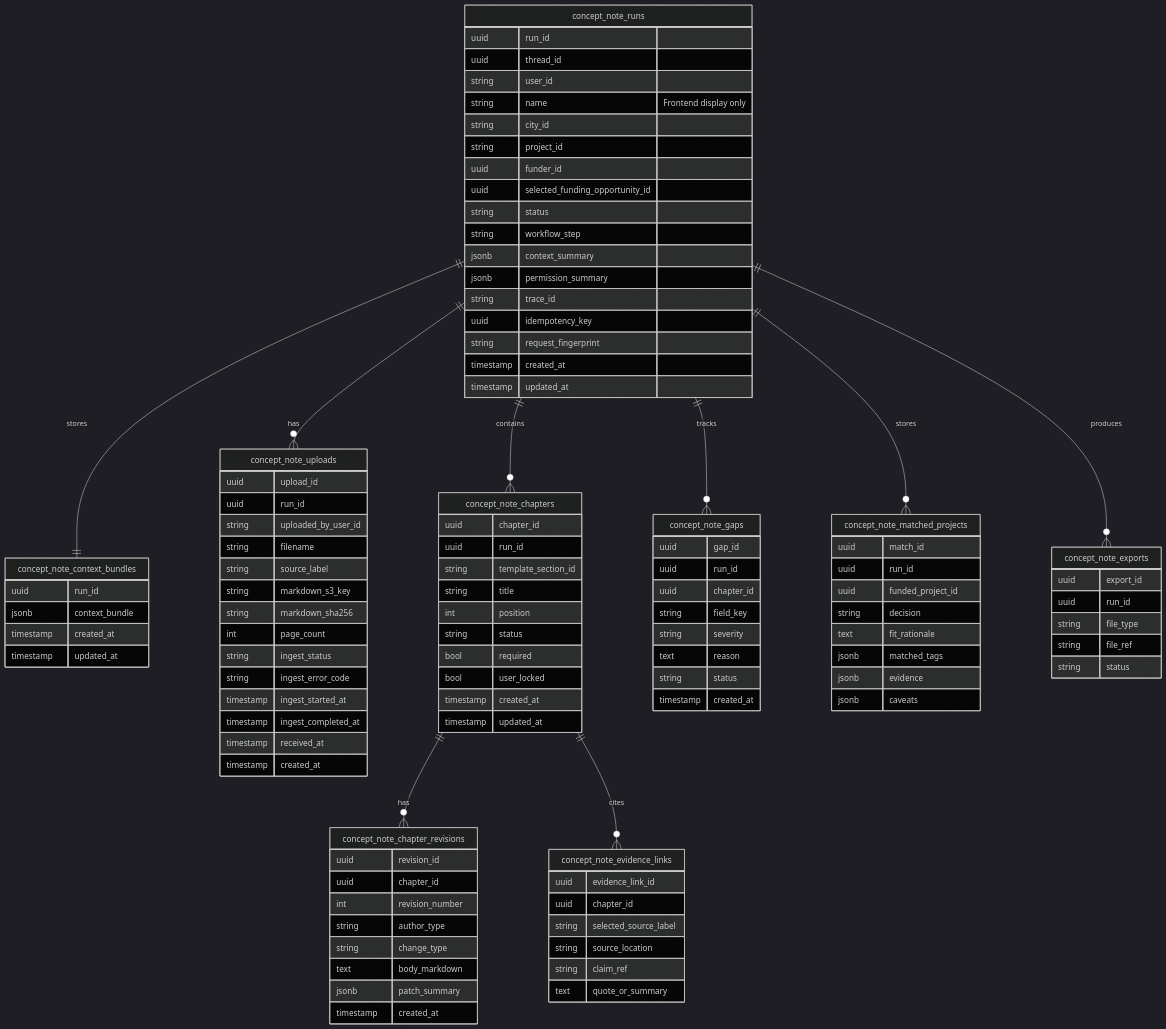
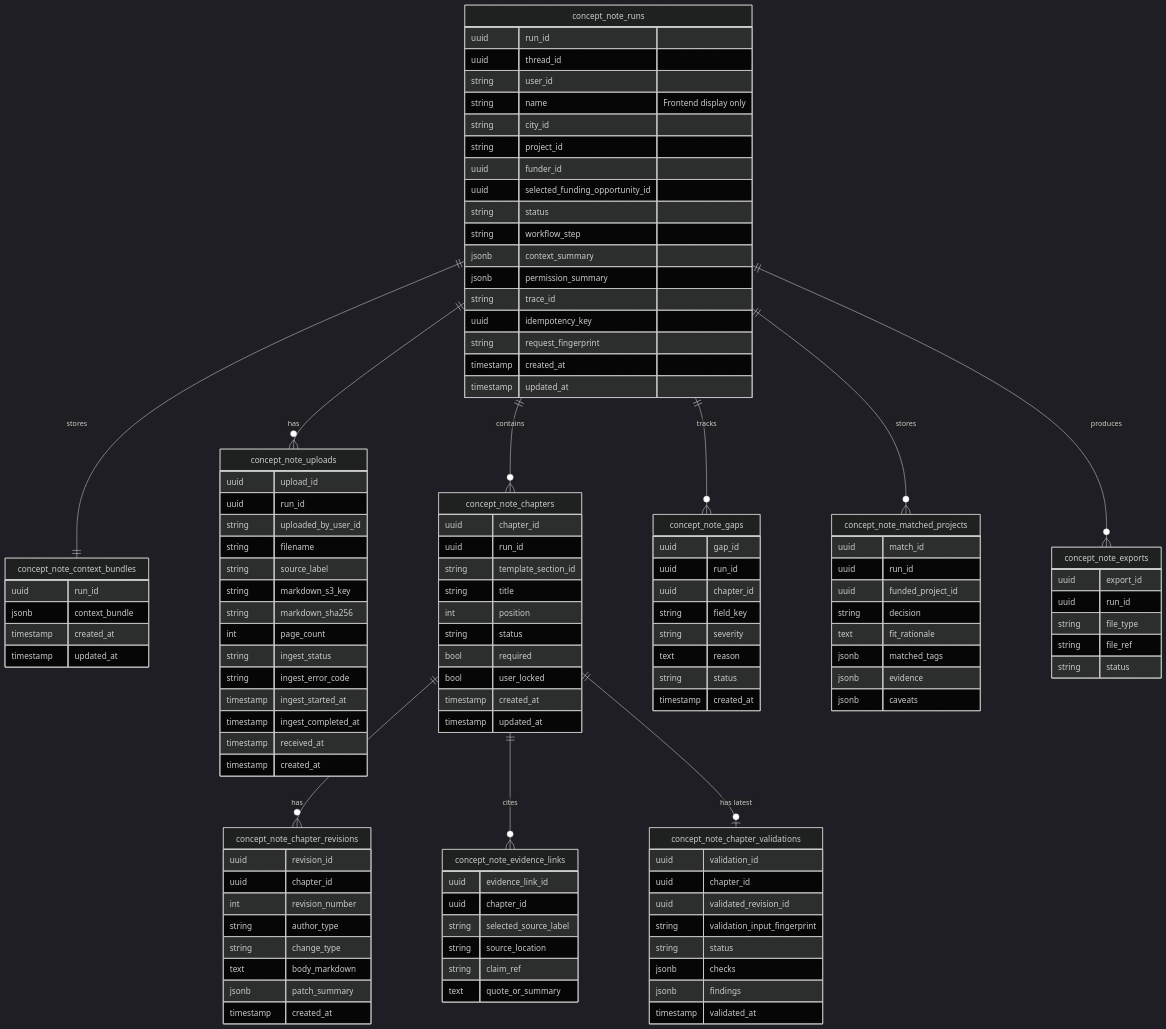
One commit to Open-Earth-Foundation/CityCatalyst changed the sixth of 14 diagrams in docs/ConceptNoteBuilderArchitecture.md. Above: the diagram before and after it, drawn with Mermaid (dark theme). The commit also changed other lines of this file and 45 other files, not shown here.

Commit message:
feat(cnb): add final chapter validation and export review

```diff
--- a/docs/ConceptNoteBuilderArchitecture.md
+++ b/docs/ConceptNoteBuilderArchitecture.md
@@ -806,6 +814,7 @@
     concept_note_runs ||--o{ concept_note_exports : "produces"
     concept_note_chapters ||--o{ concept_note_chapter_revisions : "has"
     concept_note_chapters ||--o{ concept_note_evidence_links : "cites"
+    concept_note_chapters ||--o| concept_note_chapter_validations : "has latest"
 
     concept_note_runs {
         uuid run_id
@@ -895,6 +904,17 @@
         text quote_or_summary
     }
 
+    concept_note_chapter_validations {
+        uuid validation_id
+        uuid chapter_id
+        uuid validated_revision_id
+        string validation_input_fingerprint
+        string status
+        jsonb checks
+        jsonb findings
+        timestamp validated_at
+    }
+
     concept_note_matched_projects {
         uuid match_id
         uuid run_id
```
